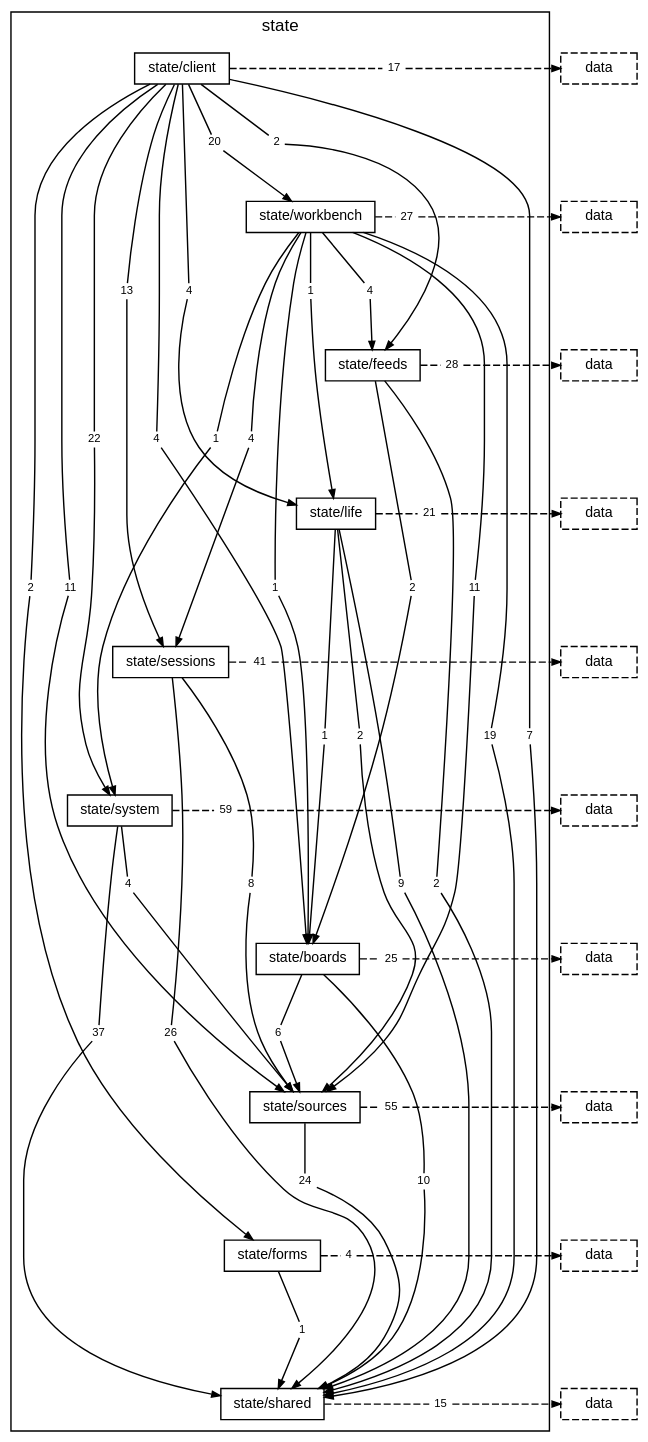
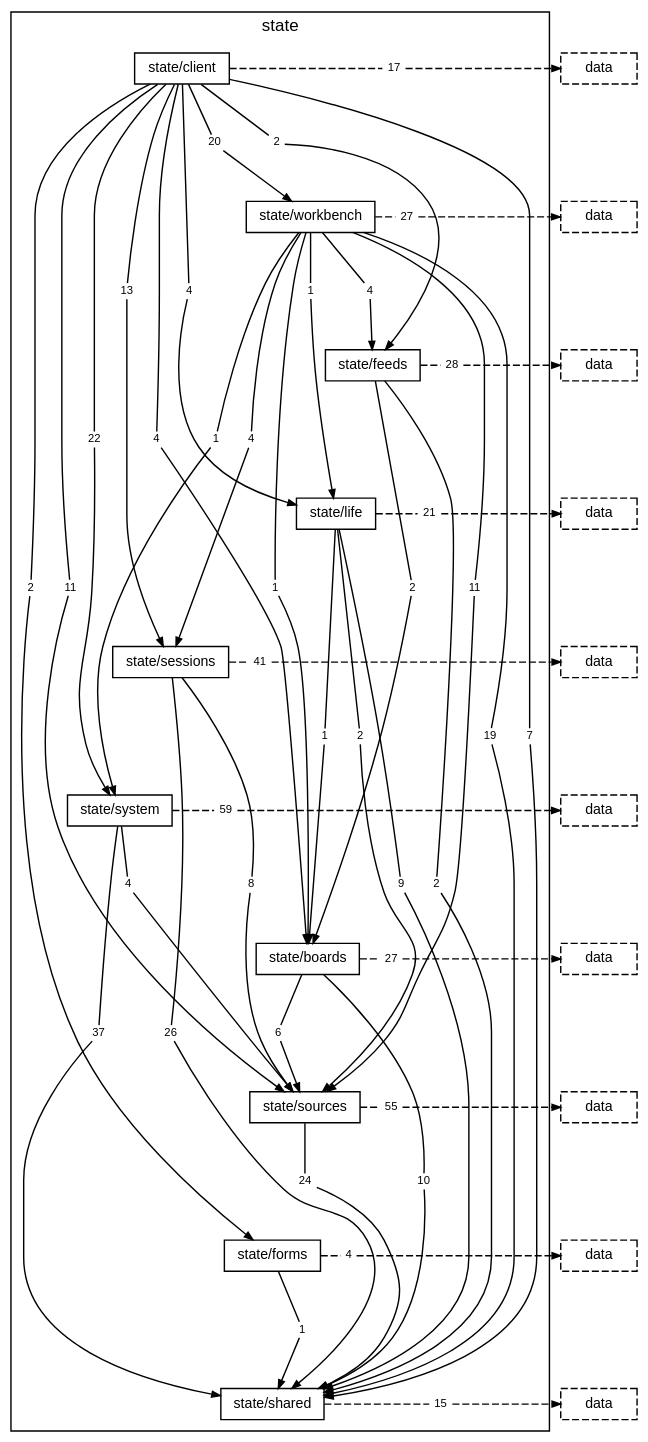
The diagram in docs/diagrams/layer-state.dot (TheAxeC/oculus), drawn with Graphviz before and after one commit. The commit also changed 75 other files, not shown here.

```diff
--- a/docs/diagrams/layer-state.dot
+++ b/docs/diagrams/layer-state.dot
@@ -47,7 +47,7 @@
         "folder state/system to layer data" [label="59", shape=box, color="transparent", fontsize=8, width=0, height=0, margin="0.04,0.02"];
         "folder state/boards to folder state/shared" [label="10", shape=box, color="transparent", fontsize=8, width=0, height=0, margin="0.04,0.02"];
         "folder state/boards to folder state/sources" [label="6", shape=box, color="transparent", fontsize=8, width=0, height=0, margin="0.04,0.02"];
-        "folder state/boards to layer data" [label="25", shape=box, color="transparent", fontsize=8, width=0, height=0, margin="0.04,0.02"];
+        "folder state/boards to layer data" [label="27", shape=box, color="transparent", fontsize=8, width=0, height=0, margin="0.04,0.02"];
         "folder state/sources to folder state/shared" [label="24", shape=box, color="transparent", fontsize=8, width=0, height=0, margin="0.04,0.02"];
         "folder state/sources to layer data" [label="55", shape=box, color="transparent", fontsize=8, width=0, height=0, margin="0.04,0.02"];
         "folder state/forms to folder state/shared" [label="1", shape=box, color="transparent", fontsize=8, width=0, height=0, margin="0.04,0.02"];
```
